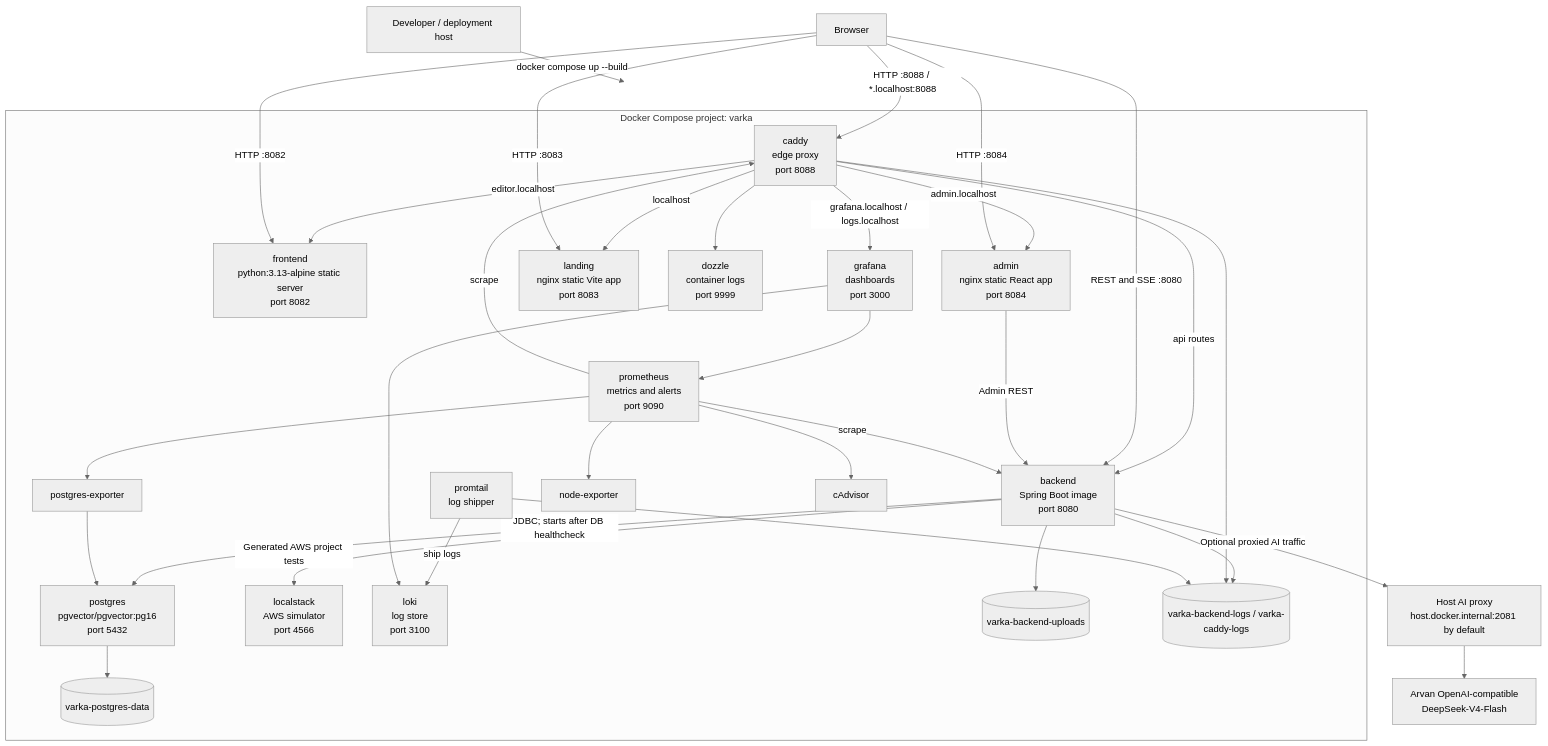
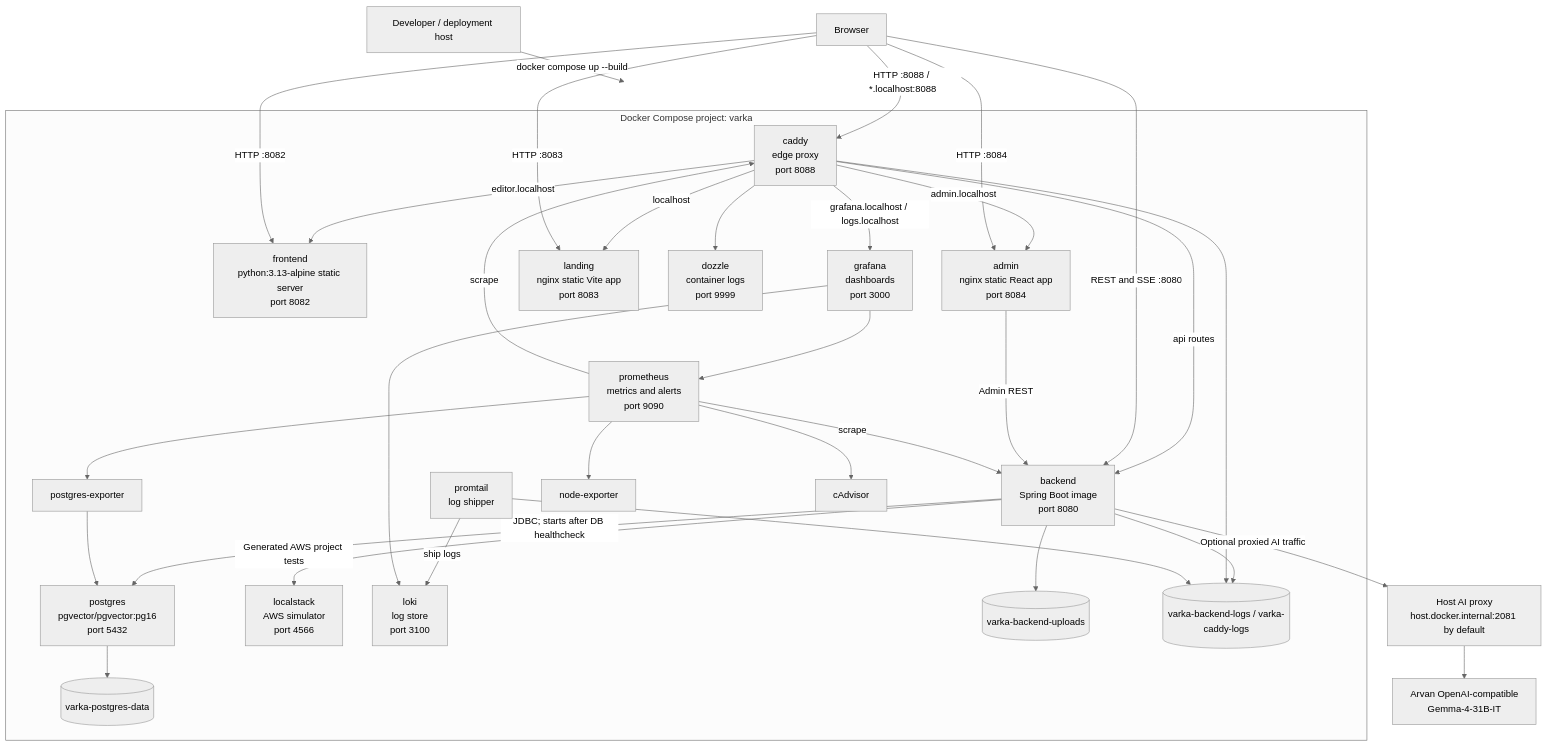
The first of 2 diagrams in docs/diagrams/04-deployment-and-runtime.md (mehdieidi/modriss), drawn with Mermaid (neutral theme) before and after one commit. The commit also changed other lines of this file and 34 other files, not shown here.

````diff
--- a/docs/diagrams/04-deployment-and-runtime.md
+++ b/docs/diagrams/04-deployment-and-runtime.md
@@ -5,59 +5,59 @@
 ```mermaid
 flowchart TB
     host["Developer / deployment host"]
     browser["Browser"]
 
     subgraph compose["Docker Compose project: varka"]
         caddy["caddy<br/>edge proxy<br/>port 8088"]
         frontend["frontend<br/>python:3.13-alpine static server<br/>port 8082"]
         admin["admin<br/>nginx static React app<br/>port 8084"]
         landing["landing<br/>nginx static Vite app<br/>port 8083"]
         backend["backend<br/>Spring Boot image<br/>port 8080"]
         postgres["postgres<br/>pgvector/pgvector:pg16<br/>port 5432"]
         localstack["localstack<br/>AWS simulator<br/>port 4566"]
         dozzle["dozzle<br/>container logs<br/>port 9999"]
         prometheus["prometheus<br/>metrics and alerts<br/>port 9090"]
         grafana["grafana<br/>dashboards<br/>port 3000"]
         loki["loki<br/>log store<br/>port 3100"]
         promtail["promtail<br/>log shipper"]
         pgexp["postgres-exporter"]
         nodeexp["node-exporter"]
         cadvisor["cAdvisor"]
         dbvolume[("varka-postgres-data")]
         uploadvolume[("varka-backend-uploads")]
         logvolume[("varka-backend-logs / varka-caddy-logs")]
     end
 
     proxy["Host AI proxy<br/>host.docker.internal:2081 by default"]
-    provider["Arvan OpenAI-compatible<br/>DeepSeek-V4-Flash"]
+    provider["Arvan OpenAI-compatible<br/>Gemma-4-31B-IT"]
 
     host -->|"docker compose up --build"| compose
     browser -->|"HTTP :8088 / *.localhost:8088"| caddy
     caddy -->|"editor.localhost"| frontend
     caddy -->|"admin.localhost"| admin
     caddy -->|"localhost"| landing
     caddy -->|"api routes"| backend
     caddy -->|"grafana.localhost / logs.localhost"| grafana
     caddy --> dozzle
     browser -->|"HTTP :8082"| frontend
     browser -->|"HTTP :8083"| landing
     browser -->|"HTTP :8084"| admin
     browser -->|"REST and SSE :8080"| backend
     admin -->|"Admin REST"| backend
     backend -->|"JDBC; starts after DB healthcheck"| postgres
     postgres --> dbvolume
     backend --> uploadvolume
     backend --> logvolume
     caddy --> logvolume
     backend -->|"Generated AWS project tests"| localstack
     prometheus -->|"scrape"| backend
     prometheus -->|"scrape"| caddy
     prometheus --> pgexp --> postgres
     prometheus --> nodeexp
     prometheus --> cadvisor
     promtail -->|"ship logs"| loki
     promtail --> logvolume
     grafana --> prometheus
     grafana --> loki
     backend -->|"Optional proxied AI traffic"| proxy --> provider
 ```
````
